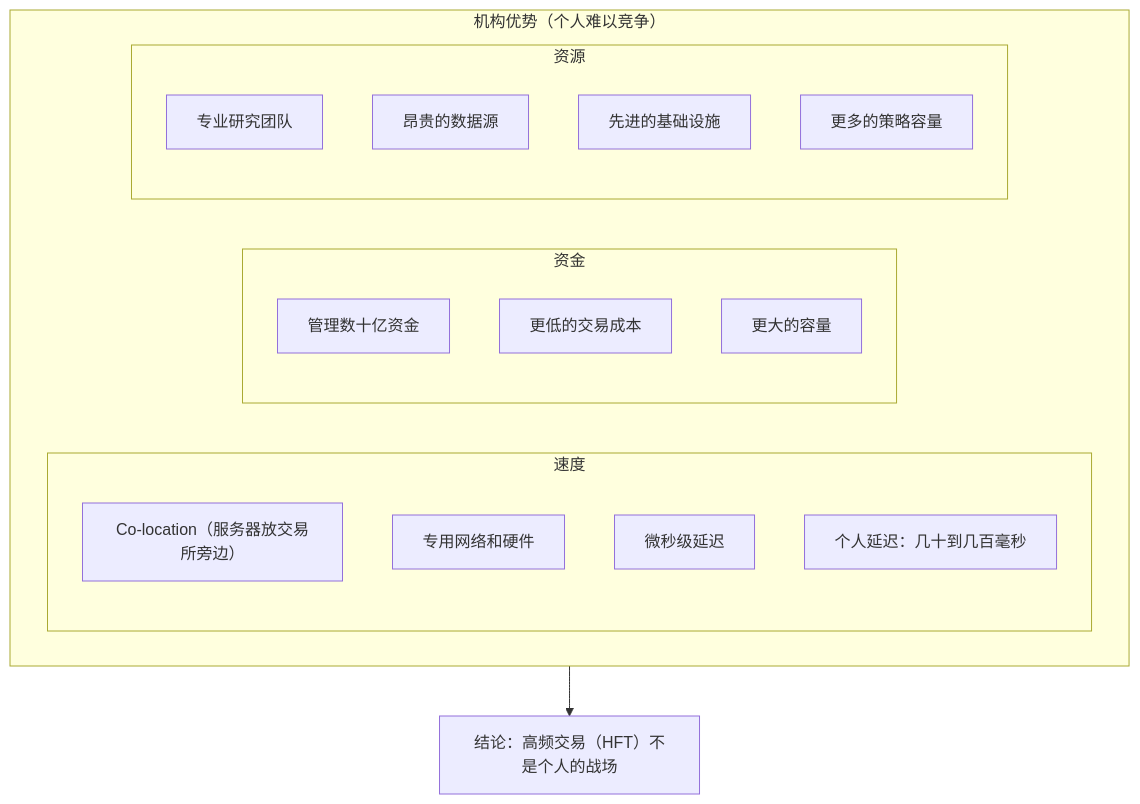
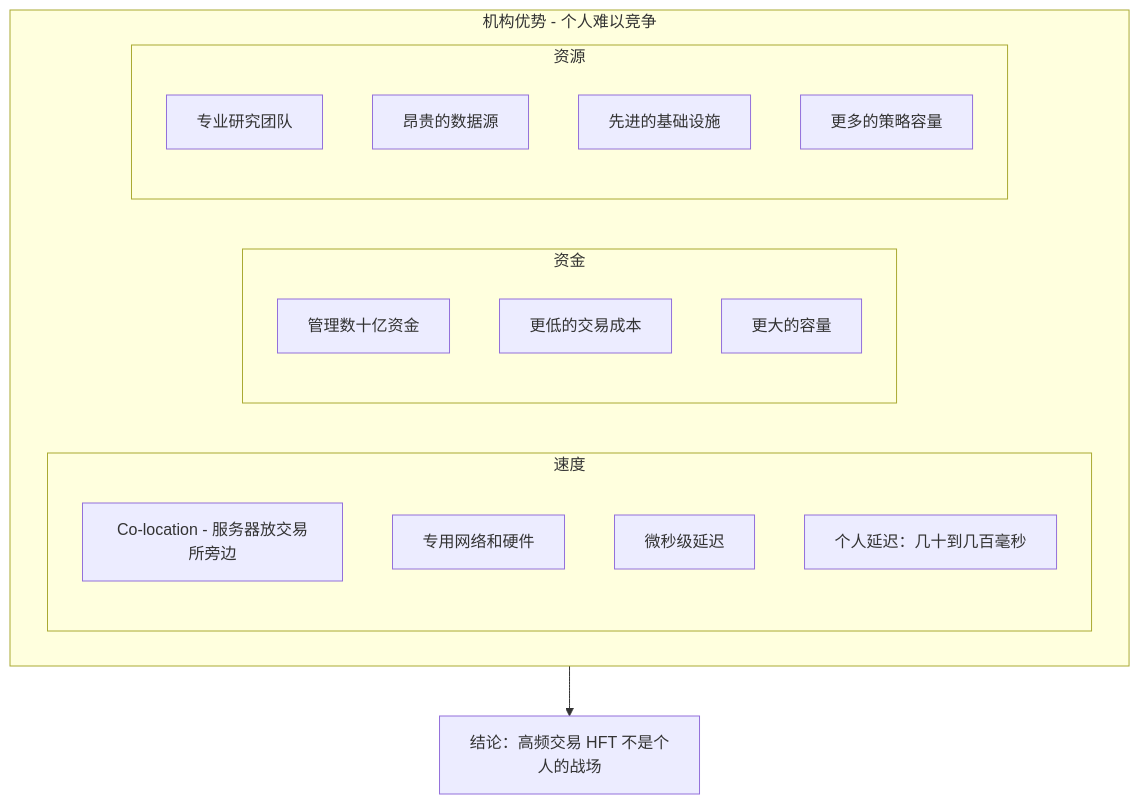
One commit to jpixy/jpixy.github.io changed the first of 10 diagrams in content/articles/quant/quant-01-个人量化交易入门指南.md. Above: the diagram before and after it, drawn with Mermaid. The commit also changed other lines of this file and 66 other files, not shown here.

Commit message:
fix: resolve Mermaid syntax errors by removing parentheses in node labels

````diff
--- a/content/articles/quant/quant-01-个人量化交易入门指南.md
+++ b/content/articles/quant/quant-01-个人量化交易入门指南.md
@@ -19,24 +19,24 @@
 ```mermaid
 graph TB
-    subgraph 机构优势["机构优势（个人难以竞争）"]
+    subgraph 机构优势["机构优势 - 个人难以竞争"]
         subgraph 速度
-            S1["Co-location（服务器放交易所旁边）"]
+            S1["Co-location - 服务器放交易所旁边"]
             S2["专用网络和硬件"]
             S3["微秒级延迟"]
             S4["个人延迟：几十到几百毫秒"]
         end
         subgraph 资金
             Z1["管理数十亿资金"]
             Z2["更低的交易成本"]
             Z3["更大的容量"]
         end
         subgraph 资源
             R1["专业研究团队"]
             R2["昂贵的数据源"]
             R3["先进的基础设施"]
             R4["更多的策略容量"]
         end
     end
-    结论["结论：高频交易（HFT）不是个人的战场"]
+    结论["结论：高频交易 HFT 不是个人的战场"]
     机构优势 --> 结论
 ```
````
